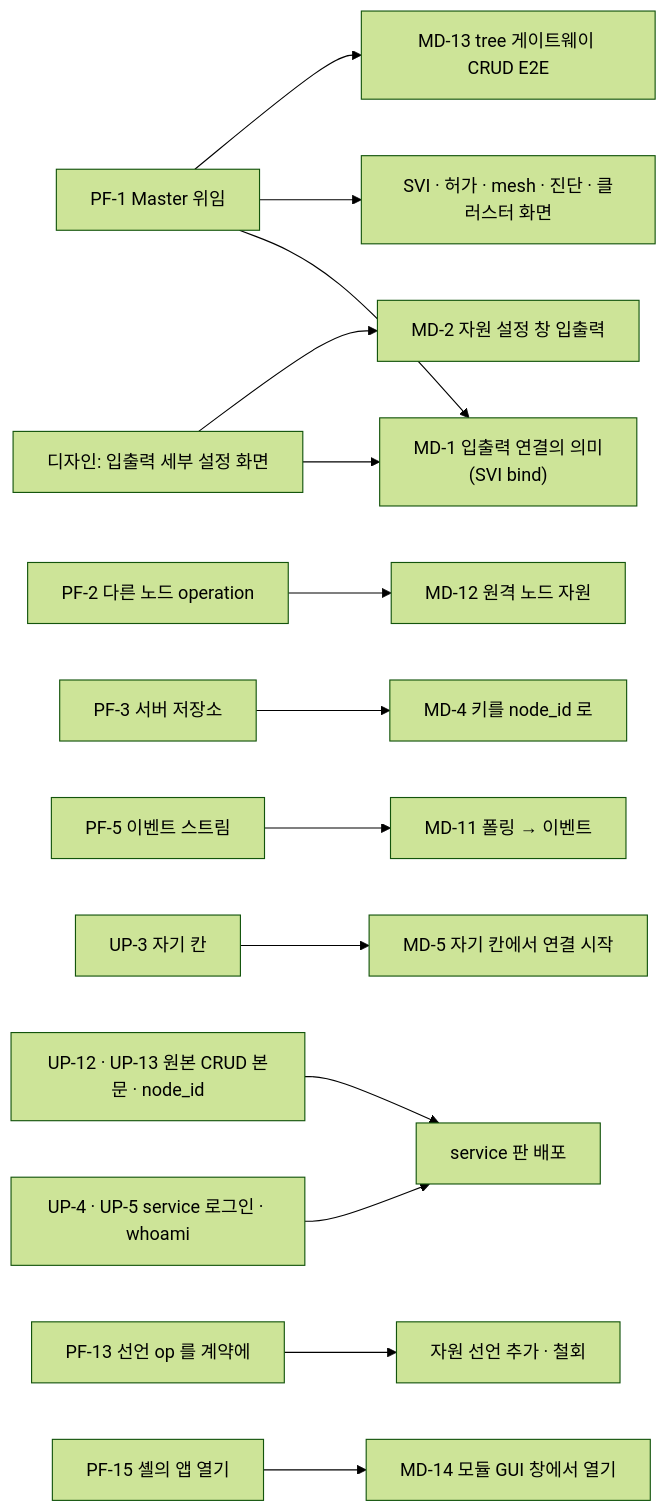
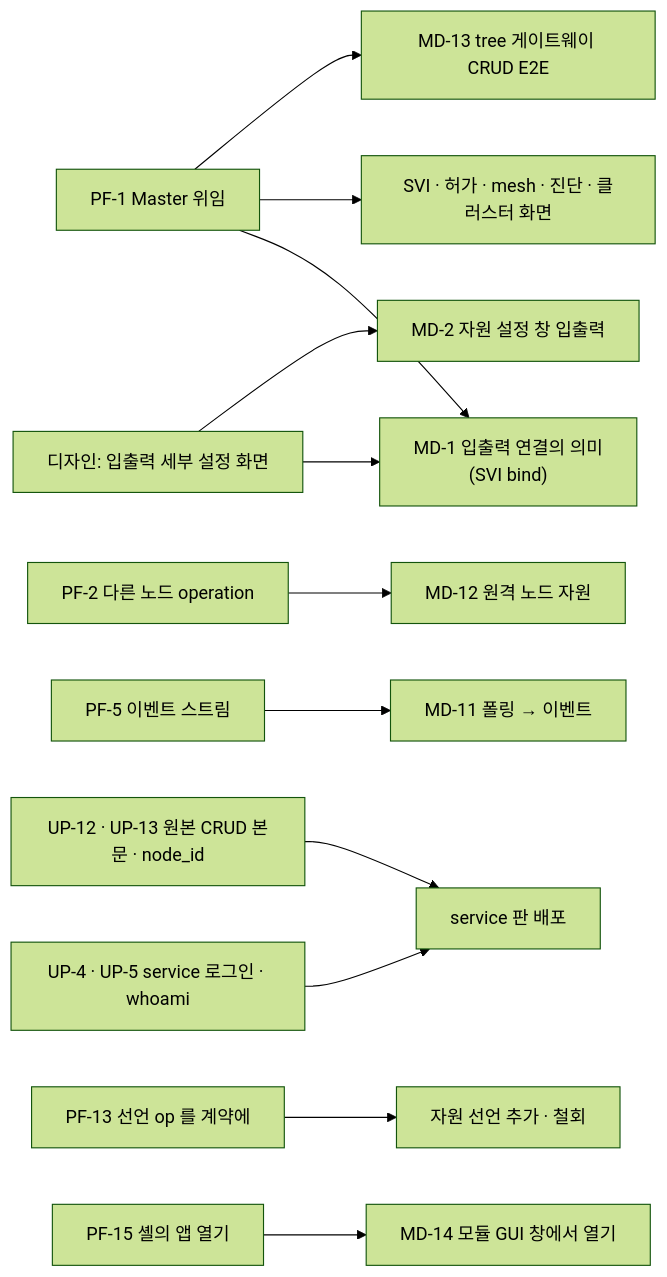
The diagram in common/lab.stellaxia.node-gui/web/docs/guides/implementation-backlog.md (StellaxiaLab/modules), drawn with Mermaid (forest theme) before and after one commit. The commit also changed other lines of this file and 6 other files, not shown here.

````diff
--- a/common/lab.stellaxia.node-gui/web/docs/guides/implementation-backlog.md
+++ b/common/lab.stellaxia.node-gui/web/docs/guides/implementation-backlog.md
@@ -45,16 +45,14 @@
 ```mermaid
 flowchart LR
   PF1["PF-1 Master 위임"] --> MD1["MD-1 입출력 연결의 의미<br/>(SVI bind)"]
   PF1 --> V1["SVI · 허가 · mesh · 진단 · 클러스터 화면"]
   PF2["PF-2 다른 노드 operation"] --> MD12["MD-12 원격 노드 자원"]
-  PF3["PF-3 서버 저장소"] --> MD4["MD-4 키를 node_id 로"]
   PF5["PF-5 이벤트 스트림"] --> MD11["MD-11 폴링 → 이벤트"]
-  UP3["UP-3 자기 칸"] --> MD5["MD-5 자기 칸에서 연결 시작"]
   DES["디자인: 입출력 세부 설정 화면"] --> MD1
   DES --> MD2["MD-2 자원 설정 창 입출력"]
   UP4["UP-4 · UP-5 service 로그인 · whoami"] --> SVC["service 판 배포"]
   UP12["UP-12 · UP-13 원본 CRUD 본문 · node_id"] --> SVC
   PF13["PF-13 선언 op 를 계약에"] --> DECL["자원 선언 추가 · 철회"]
   PF15["PF-15 셸의 앱 열기"] --> MD14["MD-14 모듈 GUI 창에서 열기"]
   PF1 --> MD13["MD-13 tree 게이트웨이 CRUD E2E"]
 ```
````
